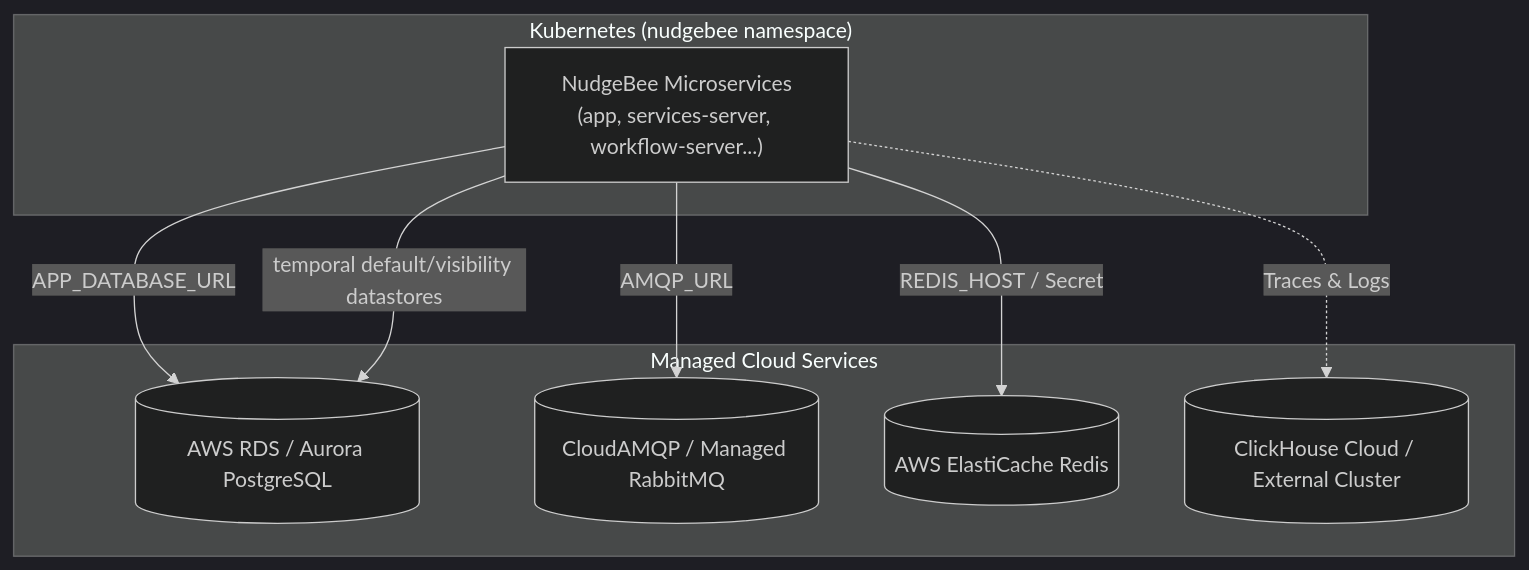
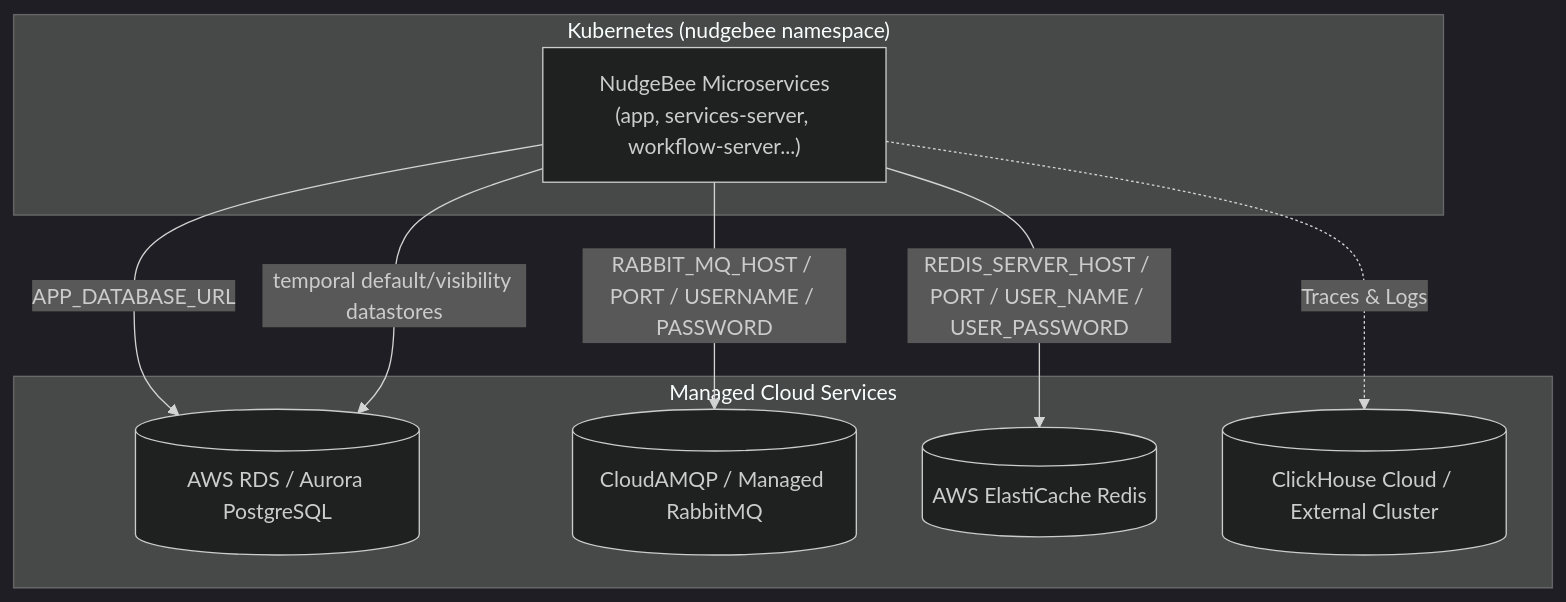
The second of 2 diagrams in doc-server/docs/installation/server/upgrade.md (nudgebee/nudgebee-docs), drawn with Mermaid (dark theme) before and after one commit. The commit also changed other lines of this file and 6 other files, not shown here.

````diff
--- a/doc-server/docs/installation/server/upgrade.md
+++ b/doc-server/docs/installation/server/upgrade.md
@@ -324,19 +342,19 @@
 ```mermaid
 graph TD
     subgraph K8s["Kubernetes (nudgebee namespace)"]
         SVC["NudgeBee Microservices<br/>(app, services-server, workflow-server...)"]
     end
     
     subgraph Managed["Managed Cloud Services"]
         RDS[("AWS RDS / Aurora PostgreSQL")]
         MQ[("CloudAMQP / Managed RabbitMQ")]
         REDIS[("AWS ElastiCache Redis")]
         CH[("ClickHouse Cloud / External Cluster")]
     end
 
     SVC -->|"APP_DATABASE_URL"| RDS
     SVC -->|"temporal default/visibility datastores"| RDS
-    SVC -->|"AMQP_URL"| MQ
-    SVC -->|"REDIS_HOST / Secret"| REDIS
+    SVC -->|"RABBIT_MQ_HOST / PORT / USERNAME / PASSWORD"| MQ
+    SVC -->|"REDIS_SERVER_HOST / PORT / USER_NAME / USER_PASSWORD"| REDIS
     SVC -.->|"Traces & Logs"| CH
 ```
````
